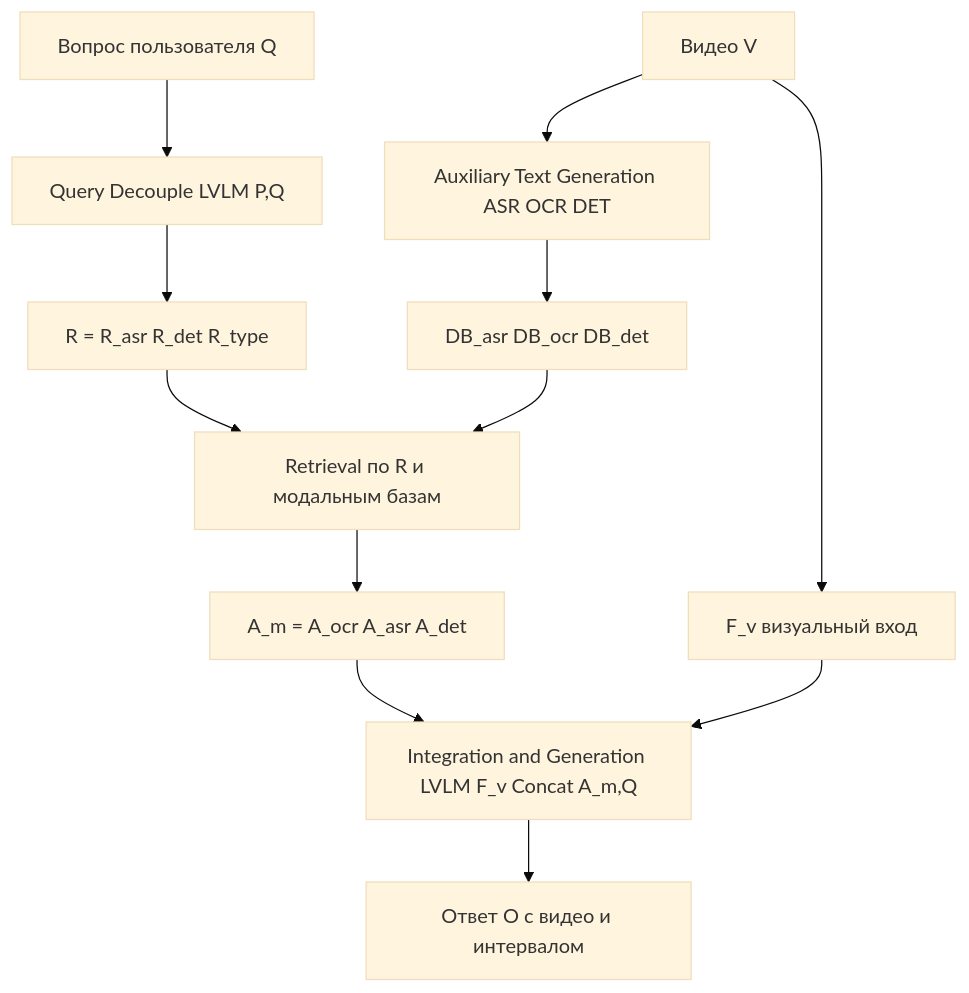
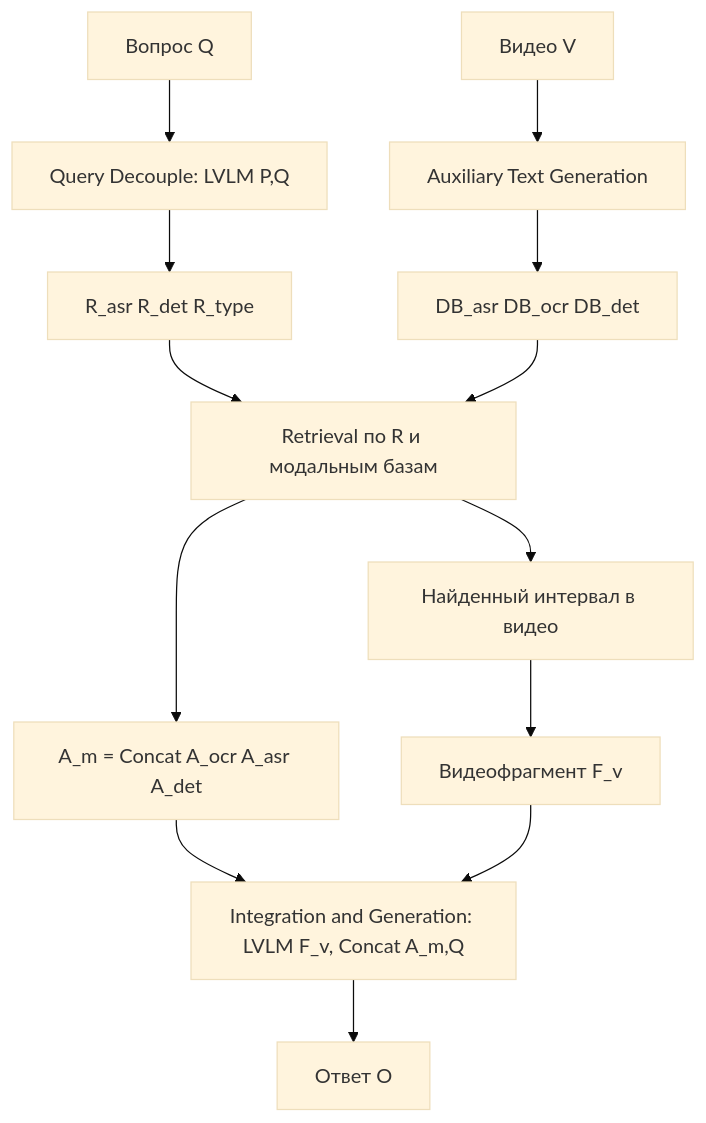
The diagram in README.md (maxlyara1/video-rag-research), drawn with Mermaid (base theme) before and after one commit. The commit also changed other lines of this file, not shown here.

````diff
--- a/README.md
+++ b/README.md
@@ -20,17 +20,18 @@
 ```mermaid
 flowchart TD
-    Q[Вопрос пользователя Q] --> D[Query Decouple LVLM P,Q]
-    D --> R[R = R_asr R_det R_type]
+    Q[Вопрос Q] --> D[Query Decouple: LVLM P,Q]
+    D --> R[R_asr R_det R_type]
 
-    V[Видео V] --> AUX[Auxiliary Text Generation ASR OCR DET]
+    V[Видео V] --> AUX[Auxiliary Text Generation]
     AUX --> DB[DB_asr DB_ocr DB_det]
-    V --> FV[F_v визуальный вход]
 
     R --> RET[Retrieval по R и модальным базам]
     DB --> RET
-    RET --> AM[A_m = A_ocr A_asr A_det]
+    RET --> AM[A_m = Concat A_ocr A_asr A_det]
+    RET --> INT[Найденный интервал в видео]
+    INT --> FV[Видеофрагмент F_v]
 
-    AM --> GEN[Integration and Generation LVLM F_v Concat A_m,Q]
+    AM --> GEN[Integration and Generation: LVLM F_v, Concat A_m,Q]
     FV --> GEN
-    GEN --> O[Ответ O с видео и интервалом]
+    GEN --> O[Ответ O]
 ```
````
